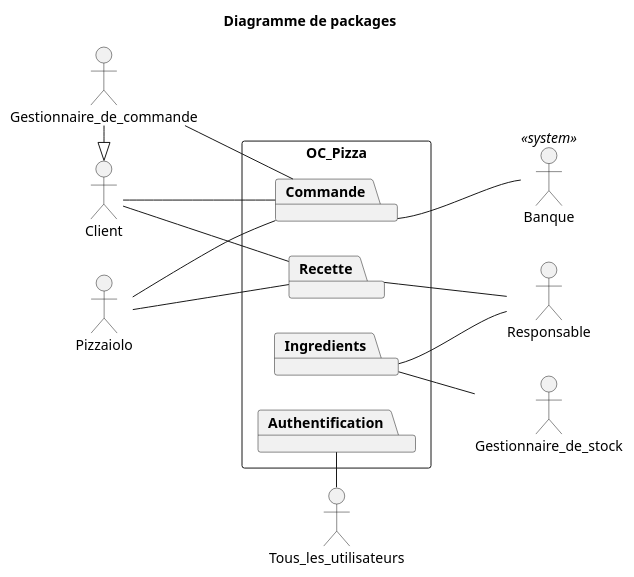
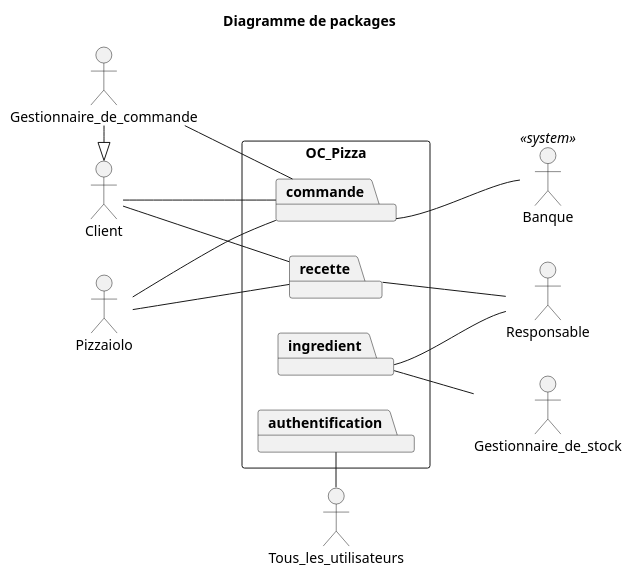
One commit to Zepmanbc/oc_dapython_pr4 changed the diagram in v4/uml/02_packages.puml. Above: the diagram before and after it, drawn with PlantUML. The commit also changed 28 other files, not shown here.

```diff
--- a/v4/uml/02_packages.puml
+++ b/v4/uml/02_packages.puml
@@ -1,36 +1,36 @@
 @startuml 02_packages
 title Diagramme de packages
 
 
 actor Gestionnaire_de_commande as GESTCMD
 actor Client as CUSTOMER
 actor Gestionnaire_de_stock as GESTSTOCK
 actor Pizzaiolo as PZLO
 actor Responsable as BOSS
 actor Banque <<system>> as BANK
 
 rectangle OC_Pizza{
     left to right direction
-    package Commande
-    package Recette
-    package Ingredients
-    package Authentification
+    package commande
+    package recette
+    package ingredient
+    package authentification
 }
 
-CUSTOMER -- Commande
-GESTCMD -- Commande
-PZLO -- Commande
-Commande -- BANK
+CUSTOMER -- commande
+GESTCMD -- commande
+PZLO -- commande
+commande -- BANK
 
 GESTCMD -|> CUSTOMER
 
-Recette -- BOSS
-Recette -- PZLO
-Recette -- CUSTOMER
+recette -- BOSS
+recette -- PZLO
+recette -- CUSTOMER
 
-Ingredients -- GESTSTOCK
-Ingredients -- BOSS
+ingredient -- GESTSTOCK
+ingredient -- BOSS
 
-Authentification -l- Tous_les_utilisateurs
+authentification -l- Tous_les_utilisateurs
 
 @enduml
```
